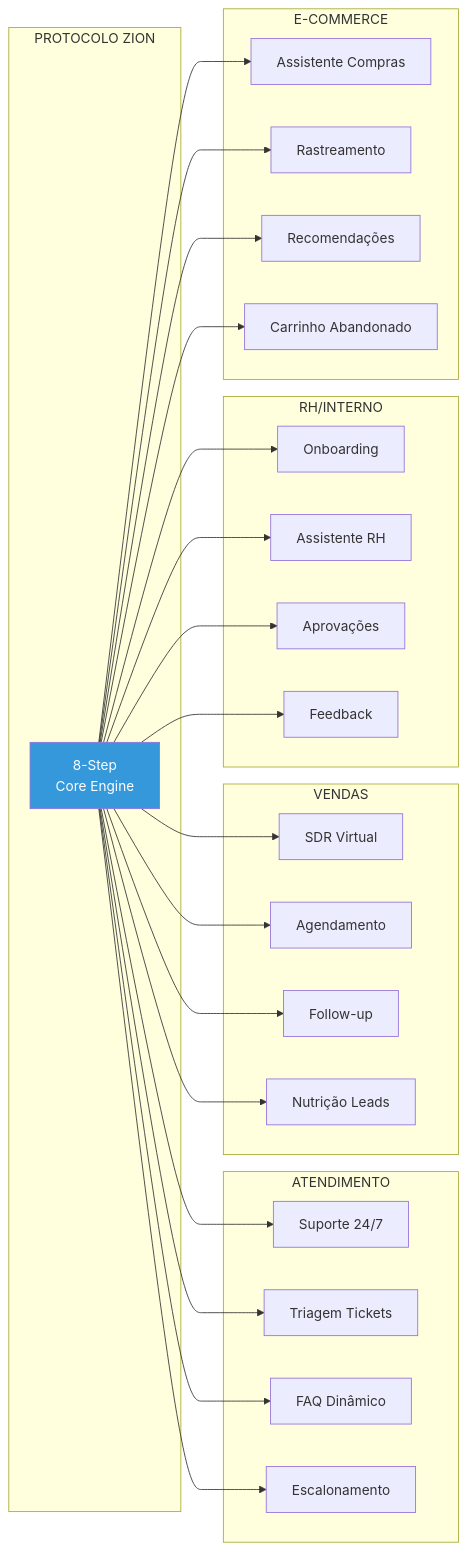
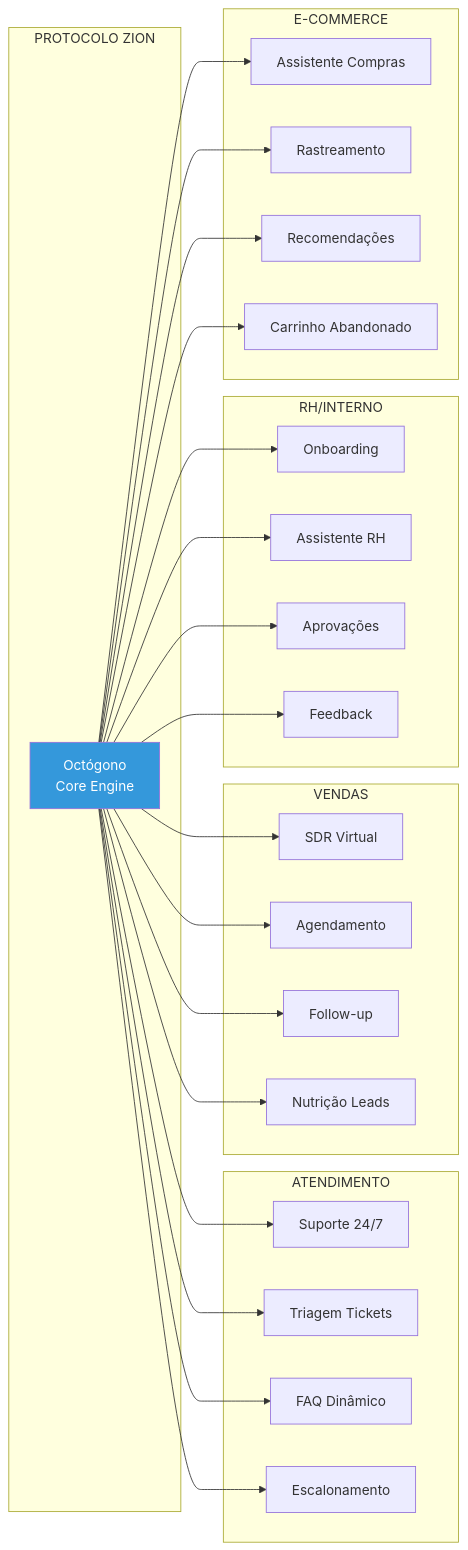
One commit to Bitfy-AI/documentacao changed the fourth of 10 diagrams in protocolo/ARQUITETURA-MERMAID.md. Above: the diagram before and after it, drawn with Mermaid. The commit also changed other lines of this file and 20 other files, not shown here.

````diff
--- a/protocolo/ARQUITETURA-MERMAID.md
+++ b/protocolo/ARQUITETURA-MERMAID.md
@@ -160,41 +160,41 @@
 ```mermaid
 graph LR
     subgraph "PROTOCOLO ZION"
-        CORE[8-Step<br/>Core Engine]
+        CORE[Octógono<br/>Core Engine]
     end
 
     subgraph "ATENDIMENTO"
         SUP[Suporte 24/7]
         TRI[Triagem Tickets]
         FAQ[FAQ Dinâmico]
         ESC[Escalonamento]
     end
 
     subgraph "VENDAS"
         SDR[SDR Virtual]
         AGE[Agendamento]
         FOL[Follow-up]
         NUT[Nutrição Leads]
     end
 
     subgraph "RH/INTERNO"
         ONB[Onboarding]
         ASS[Assistente RH]
         APR[Aprovações]
         FED[Feedback]
     end
 
     subgraph "E-COMMERCE"
         COM[Assistente Compras]
         RAS[Rastreamento]
         REC[Recomendações]
         CAR[Carrinho Abandonado]
     end
 
     CORE --> SUP & TRI & FAQ & ESC
     CORE --> SDR & AGE & FOL & NUT
     CORE --> ONB & ASS & APR & FED
     CORE --> COM & RAS & REC & CAR
 
     style CORE fill:#3498DB,color:#fff
 ```
````
